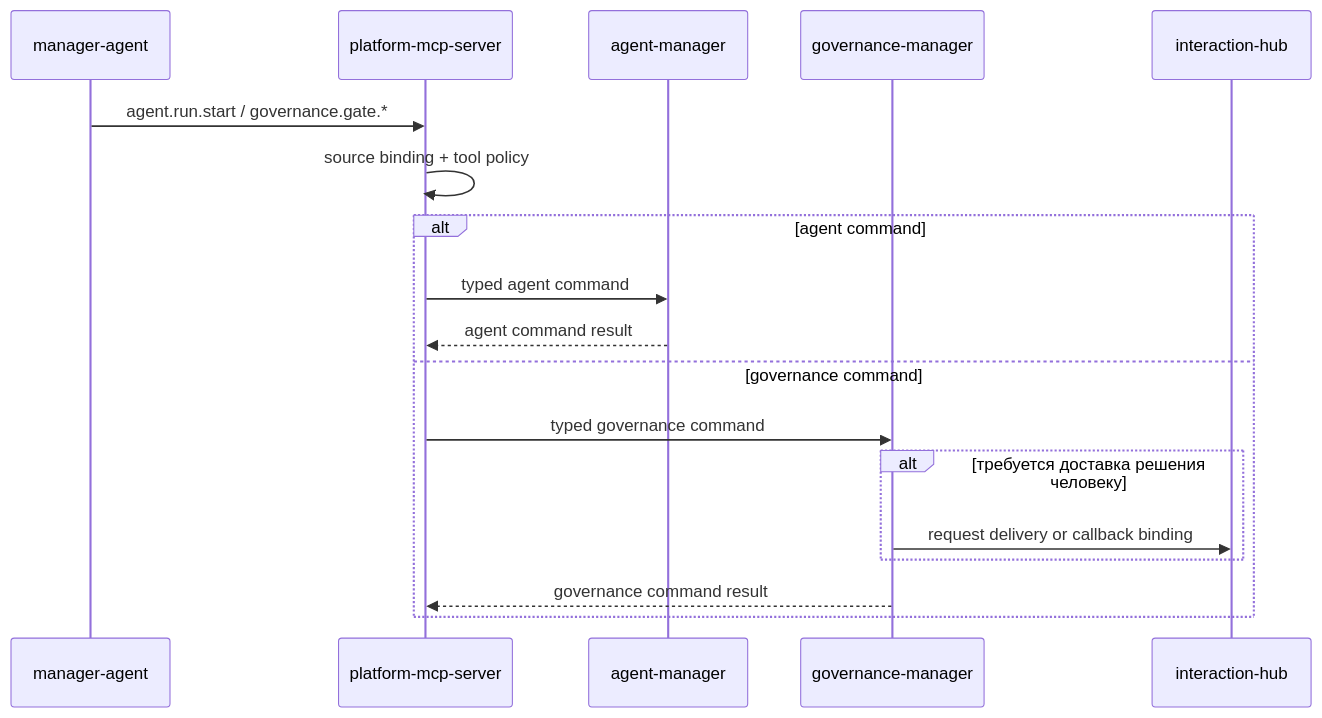
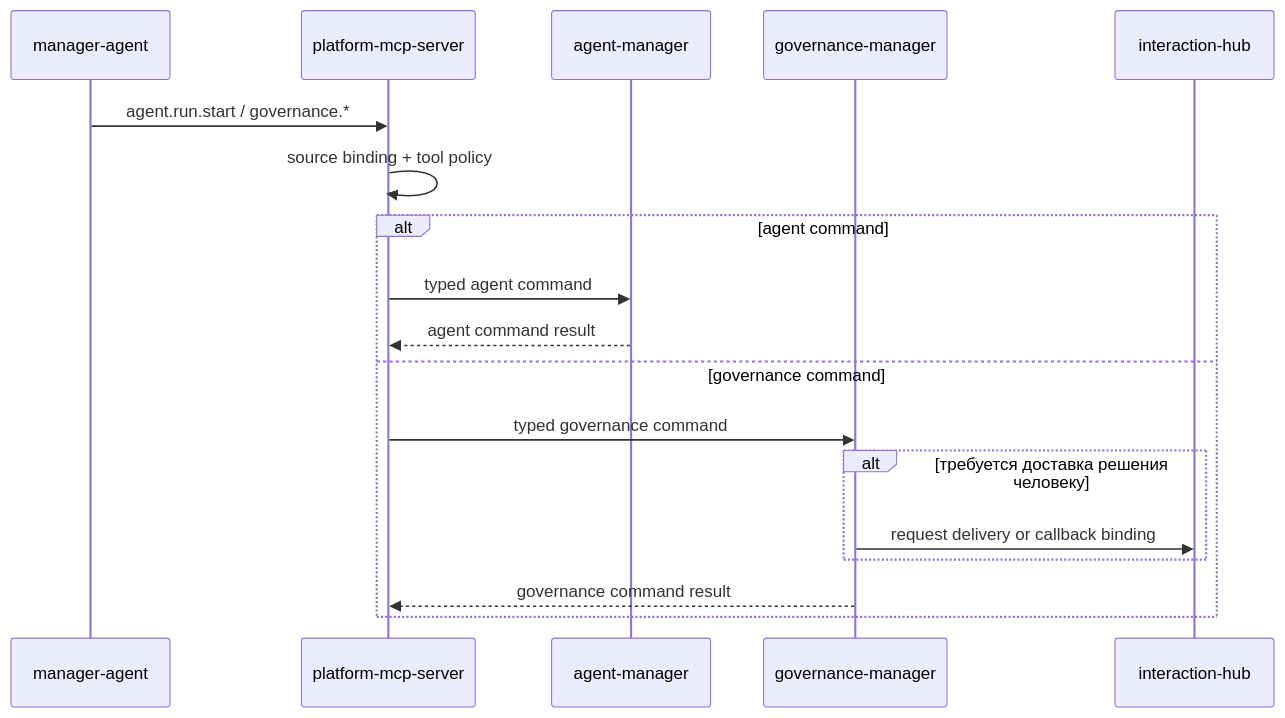
The second of 3 diagrams in docs/domains/platform-mcp-server/architecture/design.md (codex-k8s/kodex), drawn with Mermaid before and after one commit. The commit also changed other lines of this file and 11 other files, not shown here.

````diff
--- a/docs/domains/platform-mcp-server/architecture/design.md
+++ b/docs/domains/platform-mcp-server/architecture/design.md
@@ -104,20 +104,20 @@
 ```mermaid
 sequenceDiagram
   participant A as manager-agent
   participant MCP as platform-mcp-server
   participant AM as agent-manager
   participant GOV as governance-manager
   participant IH as interaction-hub
-  A->>MCP: agent.run.start / governance.gate.*
+  A->>MCP: agent.run.start / governance.*
   MCP->>MCP: source binding + tool policy
   alt agent command
     MCP->>AM: typed agent command
     AM-->>MCP: agent command result
   else governance command
     MCP->>GOV: typed governance command
     alt требуется доставка решения человеку
       GOV->>IH: request delivery or callback binding
     end
     GOV-->>MCP: governance command result
   end
 ```
````
